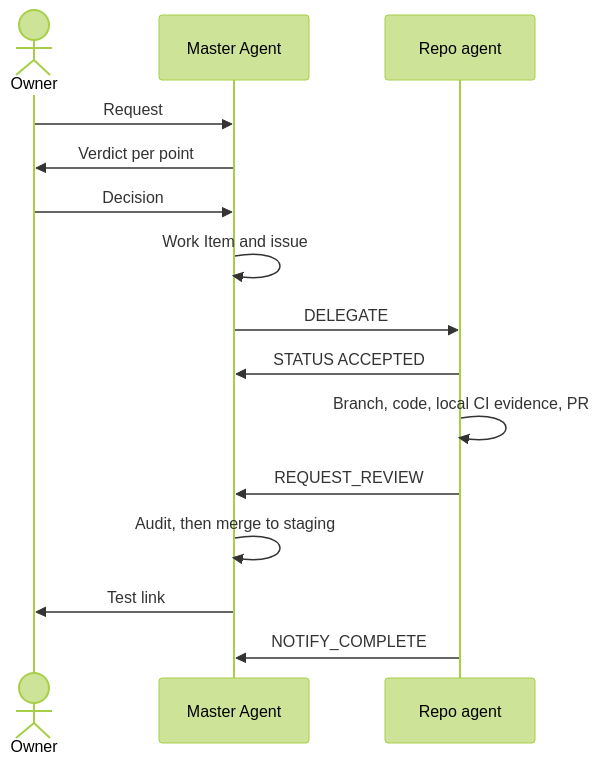
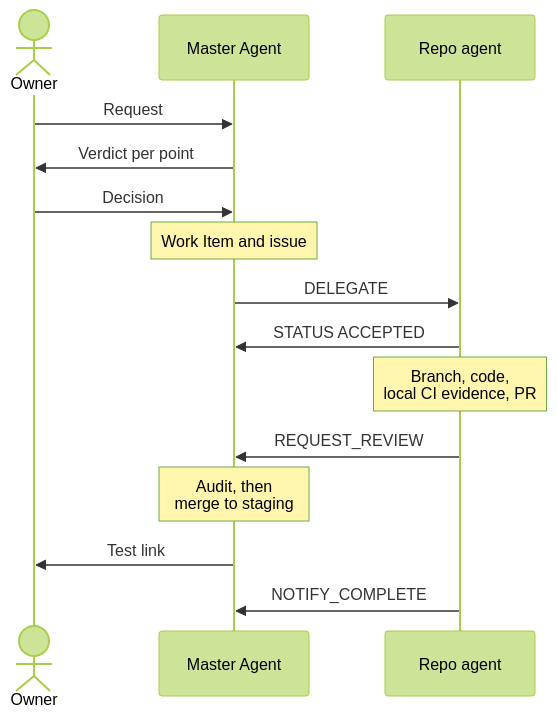
The diagram in docs/framework/agents.md (Gelpy/gelpy), drawn with Mermaid (forest theme) before and after one commit. The commit also changed 5 other files, not shown here.

First line of the commit message:
docs: make the framework diagrams readable at page width (001-021)

````diff
--- a/docs/framework/agents.md
+++ b/docs/framework/agents.md
@@ -54,18 +54,18 @@
 ```mermaid
 sequenceDiagram
   actor Owner
   participant Master as Master Agent
   participant Agent as Repo agent
 
   Owner->>Master: Request
   Master->>Owner: Verdict per point
   Owner->>Master: Decision
-  Master->>Master: Work Item and issue
+  Note over Master: Work Item and issue
   Master->>Agent: DELEGATE
   Agent->>Master: STATUS ACCEPTED
-  Agent->>Agent: Branch, code, local CI evidence, PR
+  Note over Agent: Branch, code,<br/>local CI evidence, PR
   Agent->>Master: REQUEST_REVIEW
-  Master->>Master: Audit, then merge to staging
+  Note over Master: Audit, then<br/>merge to staging
   Master->>Owner: Test link
   Agent->>Master: NOTIFY_COMPLETE
 ```
````
